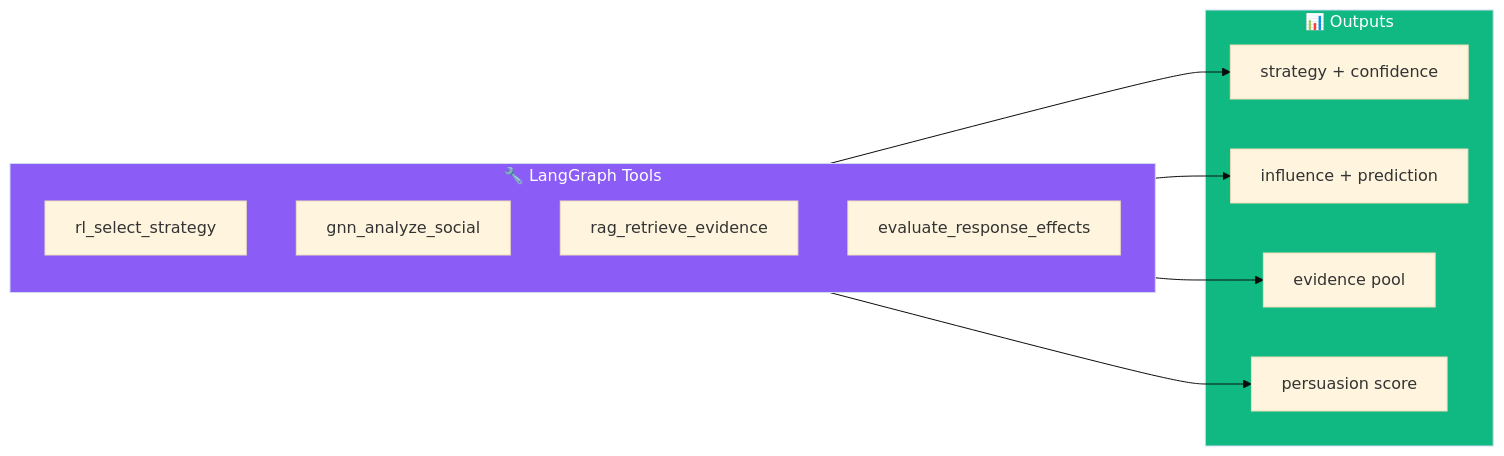
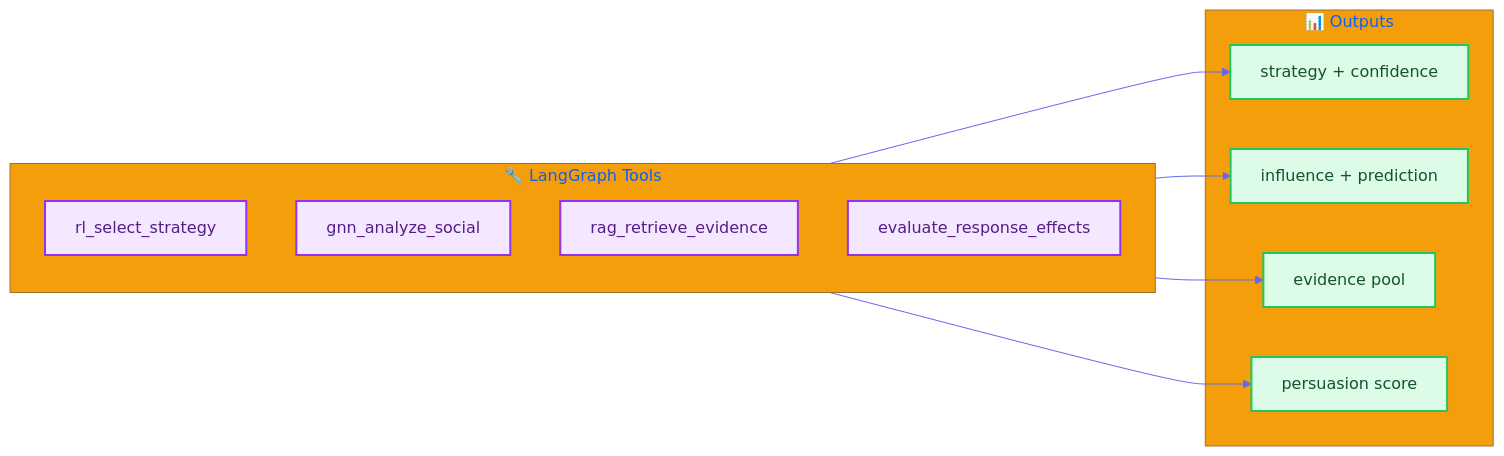
The third of 4 diagrams in docs/architecture/LANGGRAPH.md (AluminumShark/Social-Debate-AI), drawn with Mermaid before and after one commit. The commit also changed other lines of this file and 5 other files, not shown here.

Commit message:
style(docs): apply consistent bright Mermaid theme to all documentation diagrams

````diff
--- a/docs/architecture/LANGGRAPH.md
+++ b/docs/architecture/LANGGRAPH.md
@@ -140,26 +141,27 @@
 ```mermaid
-%%{init: {'theme': 'base'}}%%
+%%{init: {'theme': 'base', 'themeVariables': { 'primaryColor': '#4f46e5', 'primaryTextColor': '#fff', 'primaryBorderColor': '#4338ca', 'lineColor': '#6366f1', 'secondaryColor': '#10b981', 'tertiaryColor': '#f59e0b'}}}%%
 flowchart LR
+    %% Styles
+    classDef tools fill:#f3e8ff,stroke:#9333ea,stroke-width:2px,color:#581c87;
+    classDef output fill:#dcfce7,stroke:#22c55e,stroke-width:2px,color:#14532d;
+
     subgraph Tools["🔧 LangGraph Tools"]
         direction TB
-        T1["rl_select_strategy"]
-        T2["gnn_analyze_social"]
-        T3["rag_retrieve_evidence"]
-        T4["evaluate_response_effects"]
+        T1["rl_select_strategy"]:::tools
+        T2["gnn_analyze_social"]:::tools
+        T3["rag_retrieve_evidence"]:::tools
+        T4["evaluate_response_effects"]:::tools
     end
 
     subgraph Output["📊 Outputs"]
-        O1["strategy + confidence"]
-        O2["influence + prediction"]
-        O3["evidence pool"]
-        O4["persuasion score"]
+        O1["strategy + confidence"]:::output
+        O2["influence + prediction"]:::output
+        O3["evidence pool"]:::output
+        O4["persuasion score"]:::output
     end
 
     T1 --> O1
     T2 --> O2
     T3 --> O3
     T4 --> O4
-
-    style Tools fill:#8b5cf6,color:#fff
-    style Output fill:#10b981,color:#fff
 ```
````
